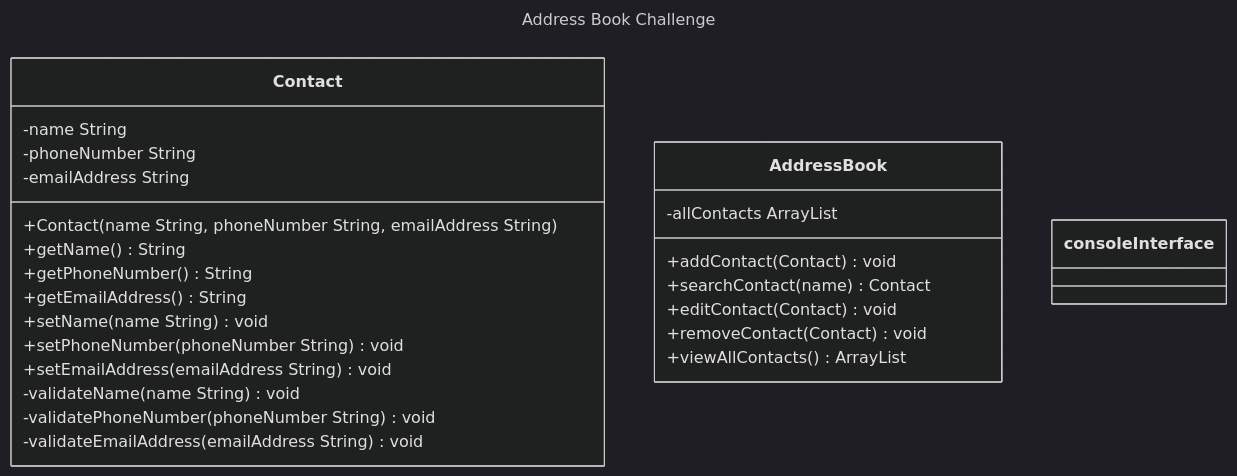
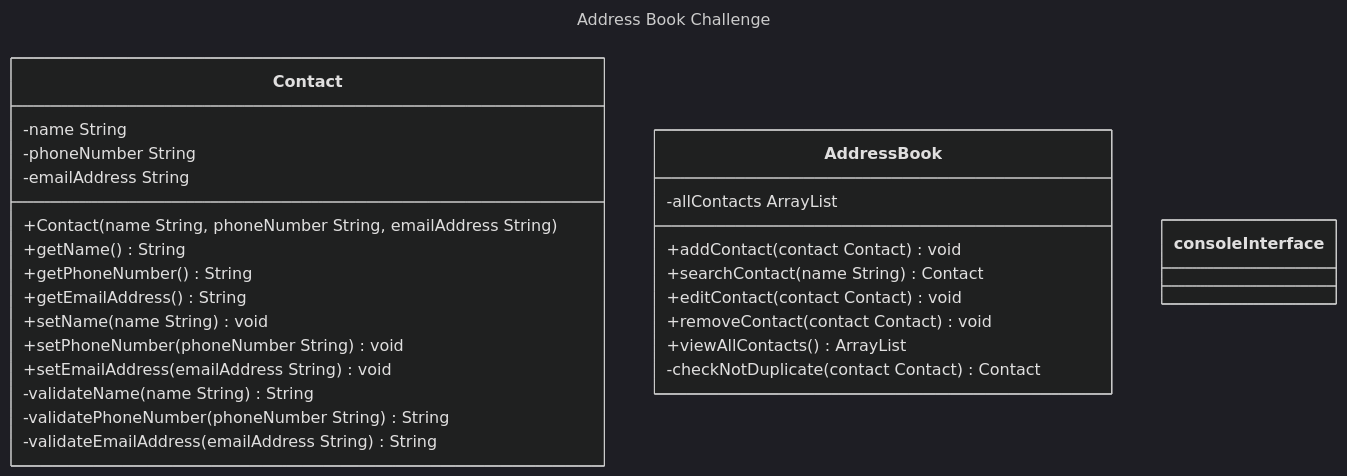
Before and after one commit to kristy-lam/df-challenge-3-address-book: the diagram in docs/class-diagrams-test-plan.md, drawn with Mermaid (dark theme). The commit also changed other lines of this file and 7 other files, not shown here.

````diff
--- a/docs/class-diagrams-test-plan.md
+++ b/docs/class-diagrams-test-plan.md
@@ -9,34 +11,35 @@
 ```mermaid
 ---
 title: Address Book Challenge
 ---
 classDiagram
     class Contact {
         -name String
         -phoneNumber String
         -emailAddress String
         +Contact(name String, phoneNumber String, emailAddress String)
         +getName() String
         +getPhoneNumber() String
         +getEmailAddress() String
         +setName(name String) void
         +setPhoneNumber(phoneNumber String) void
         +setEmailAddress(emailAddress String) void
-        -validateName(name String) void
-        -validatePhoneNumber(phoneNumber String) void
-        -validateEmailAddress(emailAddress String) void
+        -validateName(name String) String
+        -validatePhoneNumber(phoneNumber String) String
+        -validateEmailAddress(emailAddress String) String
     }
     class AddressBook {   
         -allContacts ArrayList
-        +addContact(Contact) void
-        +searchContact(name) Contact
-        +editContact(Contact) void
-        +removeContact(Contact) void
+        +addContact(contact Contact) void
+        +searchContact(name String) Contact
+        +editContact(contact Contact) void
+        +removeContact(contact Contact) void
         +viewAllContacts() ArrayList
+        -checkNotDuplicate(contact Contact) Contact
     }
     class consoleInterface {
         
         
     }
 
 ```
````
